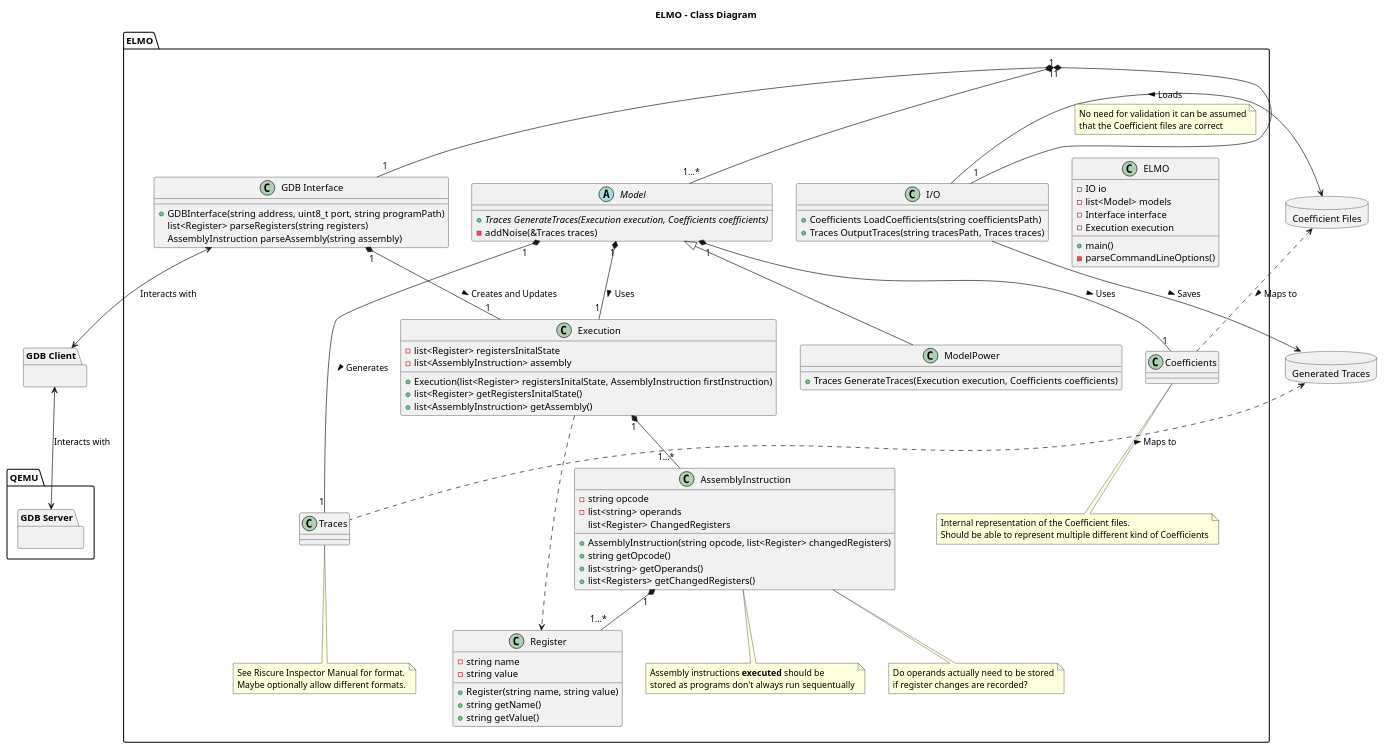
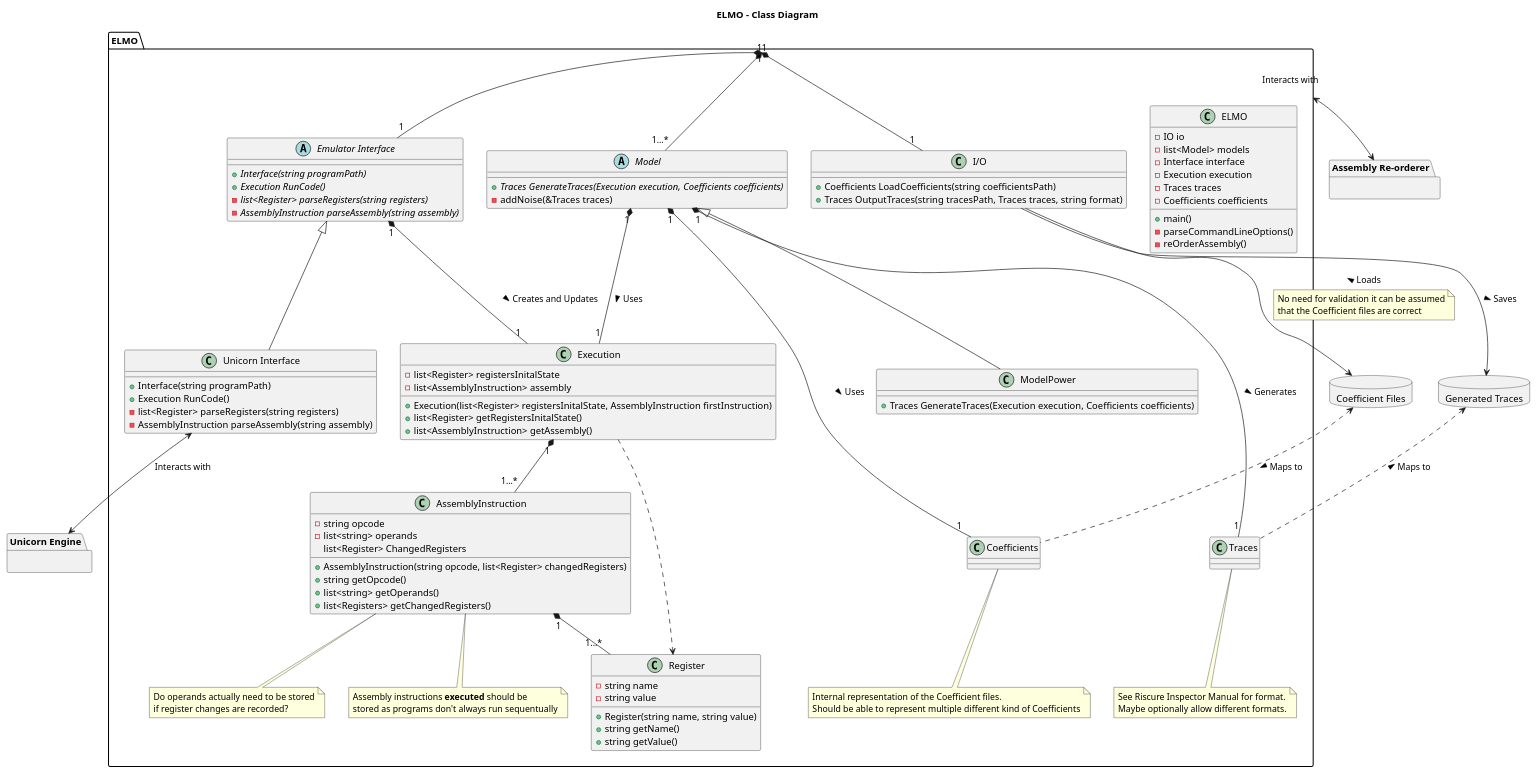
One commit to sca-research/GILES changed the diagram in uml/Class.plantuml. Above: the diagram before and after it, drawn with PlantUML. The commit also changed 2 other files, not shown here.

Commit message:
Edited UML diagrams to reflect switching from QEMU to Unicorn. (http://www.unicorn-engine.org)
Also made assorted minor adjustments to the diagrams.

```diff
--- a/uml/Class.plantuml
+++ b/uml/Class.plantuml
@@ -1,131 +1,140 @@
 @startuml
 
 title ELMO - Class Diagram
 
 package ELMO {
     class ELMO {
     -IO io
     -list<Model> models
     -Interface interface
     -Execution execution
+    -Traces traces
+    -Coefficients coefficients
     +main()
     -parseCommandLineOptions()
+    -reOrderAssembly()
     }
 
     class "I/O" as IO {
     +Coefficients LoadCoefficients(string coefficientsPath)
-    +Traces OutputTraces(string tracesPath, Traces traces)
+    +Traces OutputTraces(string tracesPath, Traces traces, string format)
     }
 
-    class "GDB Interface" {
-        +GDBInterface(string address, uint8_t port, string programPath)
-        list<Register> parseRegisters(string registers)
-        AssemblyInstruction parseAssembly(string assembly)
+    abstract class "Emulator Interface" {
+        {abstract} +Interface(string programPath)
+        {abstract} +Execution RunCode()
+        {abstract} -list<Register> parseRegisters(string registers)
+        {abstract} -AssemblyInstruction parseAssembly(string assembly)
+    }
+
+    class "Unicorn Interface" {
+        +Interface(string programPath)
+        +Execution RunCode()
+        -list<Register> parseRegisters(string registers)
+        -AssemblyInstruction parseAssembly(string assembly)
     }
 
     abstract class "Model" {
     +{abstract} Traces GenerateTraces(Execution execution, Coefficients coefficients)
     -addNoise(&Traces traces)
     }
 
     class ModelPower {
     +Traces GenerateTraces(Execution execution, Coefficients coefficients)
     }
 
     class Execution {
         -list<Register> registersInitalState
         -list<AssemblyInstruction> assembly
         +Execution(list<Register> registersInitalState, AssemblyInstruction firstInstruction)
         +list<Register> getRegistersInitalState()
         +list<AssemblyInstruction> getAssembly()
     }
 
     class AssemblyInstruction {
         -string opcode
         -list<string> operands
         list<Register> ChangedRegisters
         +AssemblyInstruction(string opcode, list<Register> changedRegisters)
         +string getOpcode()
         +list<string> getOperands()
         +list<Registers> getChangedRegisters()
     }
     note bottom of AssemblyInstruction
         Do operands actually need to be stored
         if register changes are recorded?
     end note
     note bottom of AssemblyInstruction
         Assembly instructions <b>executed</b> should be
         stored as programs don't always run sequentually
     end note
 
     class Register {
         -string name
         -string value
         +Register(string name, string value)
         +string getName()
         +string getValue()
     }
 
     class "Traces" {
     }
     note bottom of Traces
         See Riscure Inspector Manual for format.
         Maybe optionally allow different formats.
     end note
 
     class "Coefficients" {
     }
     note bottom of Coefficients
         Internal representation of the Coefficient files.
         Should be able to represent multiple different kind of Coefficients
     end note
 }
 
-package "GDB Client" {
+package "Unicorn Engine" {
 }
 
-package QEMU {
-    package "GDB Server" {
-    }
+package "Assembly Re-orderer" {
 }
 
 package "Coefficient Files" <<Database>> {
 }
 
 package "Generated Traces" <<Database>> {
 }
 
 Model <|-- ModelPower
+"Emulator Interface" <|-- "Unicorn Interface"
 
 ELMO "1"*-- "1" IO
-ELMO "1"*-- "1" "GDB Interface"
+ELMO "1"*-- "1" "Emulator Interface"
+ELMO  <--> "Assembly Re-orderer" : Interacts with
 ELMO "1"*--"1...*" Model
 
 Model "1"*--"1" Coefficients : Uses >
 Model "1"*--"1" Execution : Uses >
-Model "1"*---"1" Traces : Generates >
+Model "1"*--"1" Traces : Generates >
 
-"GDB Interface" <--> "GDB Client" : Interacts with
-"GDB Client" <--> "GDB Server" : Interacts with
+"Unicorn Interface" <--> "Unicorn Engine" : Interacts with
 
-"GDB Interface" "1"*--"1" Execution : Creates and Updates >
+"Emulator Interface" "1"*--"1" Execution : Creates and Updates >
 "Execution" "1"*--"1...*" AssemblyInstruction
 
 AssemblyInstruction "1"*--"1...*" Register
 Execution ..> Register
 
 IO --> "Coefficient Files" : Loads <
 note on link
     No need for validation it can be assumed
     that the Coefficient files are correct
 end note
 IO --> "Generated Traces" : Saves >
 
 "Coefficient Files" <.. Coefficients : Maps to >
 "Generated Traces" <.. Traces : Maps to <
 
-"Generated Traces" -[hidden]- ELMO
-"Coefficient Files" -[hidden]- ELMO
-Traces -[hidden]- ELMO
+ModelPower -[hidden]- Coefficients
+ModelPower -[hidden]- Traces
 
 @enduml
```
